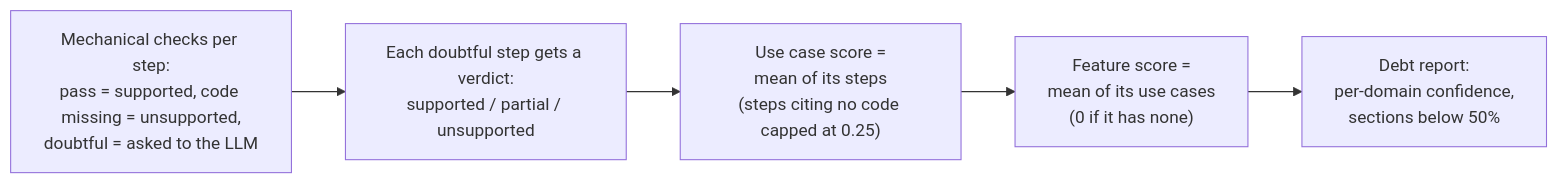
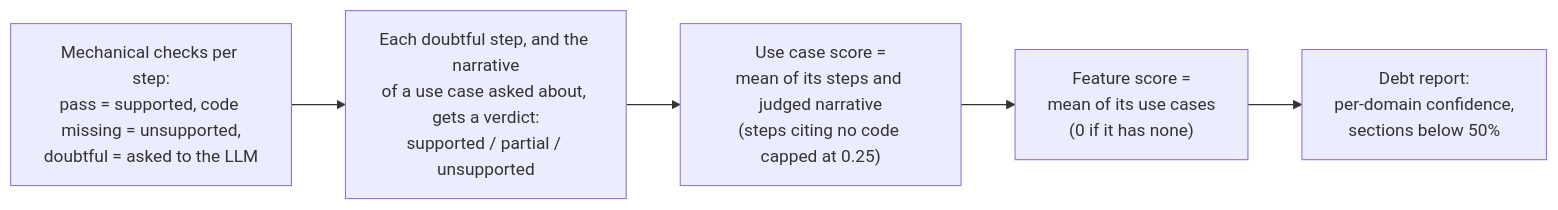
Before and after one commit to Electron-libre/RetroDoc: the fifth of 9 diagrams in docs/ARCHITECTURE.md, drawn with Mermaid. The commit also changed other lines of this file and 20 other files, not shown here.

First line of the commit message:
feat(pipeline): judge the use case narrative in the confidence call

````diff
--- a/docs/ARCHITECTURE.md
+++ b/docs/ARCHITECTURE.md
@@ -164,7 +164,7 @@
 ```mermaid
 flowchart LR
-    c["Mechanical checks per step:<br/>pass = supported, code missing = unsupported,<br/>doubtful = asked to the LLM"] --> s["Each doubtful step gets a verdict:<br/>supported / partial / unsupported"]
-    s --> u["Use case score =<br/>mean of its steps<br/>(steps citing no code capped at 0.25)"]
+    c["Mechanical checks per step:<br/>pass = supported, code missing = unsupported,<br/>doubtful = asked to the LLM"] --> s["Each doubtful step, and the narrative<br/>of a use case asked about, gets a verdict:<br/>supported / partial / unsupported"]
+    s --> u["Use case score =<br/>mean of its steps and judged narrative<br/>(steps citing no code capped at 0.25)"]
     u --> f["Feature score =<br/>mean of its use cases<br/>(0 if it has none)"]
     f --> r["Debt report:<br/>per-domain confidence,<br/>sections below 50%"]
 ```
````
